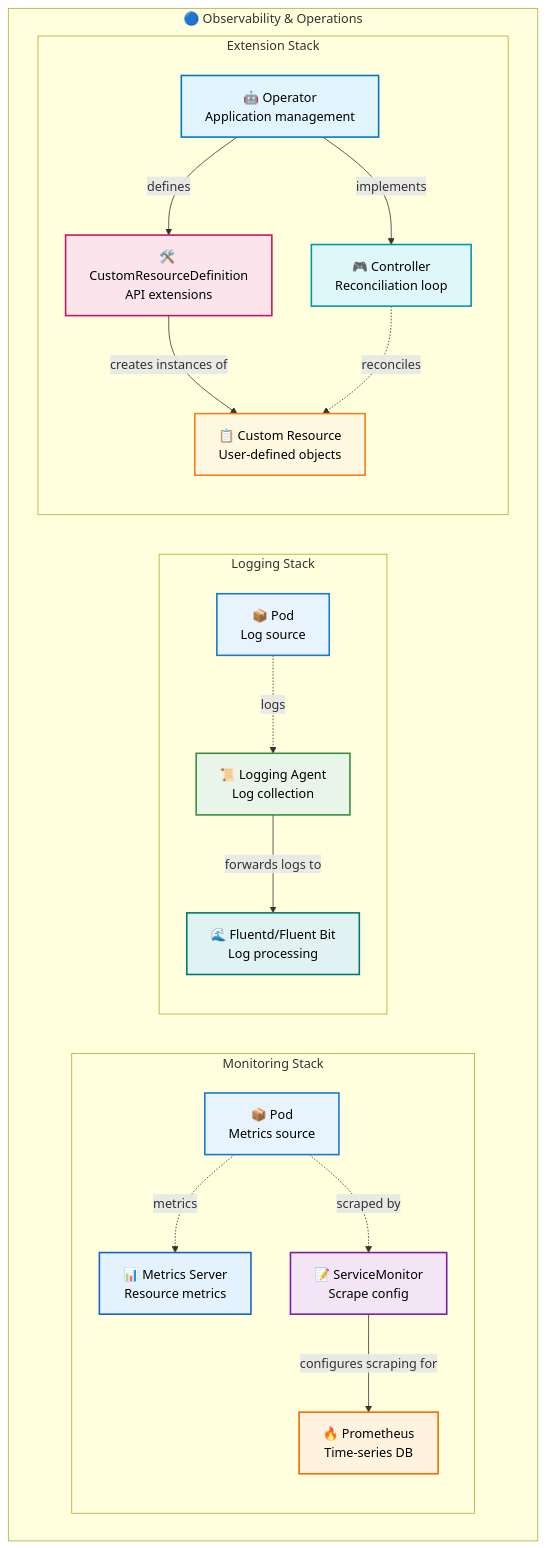
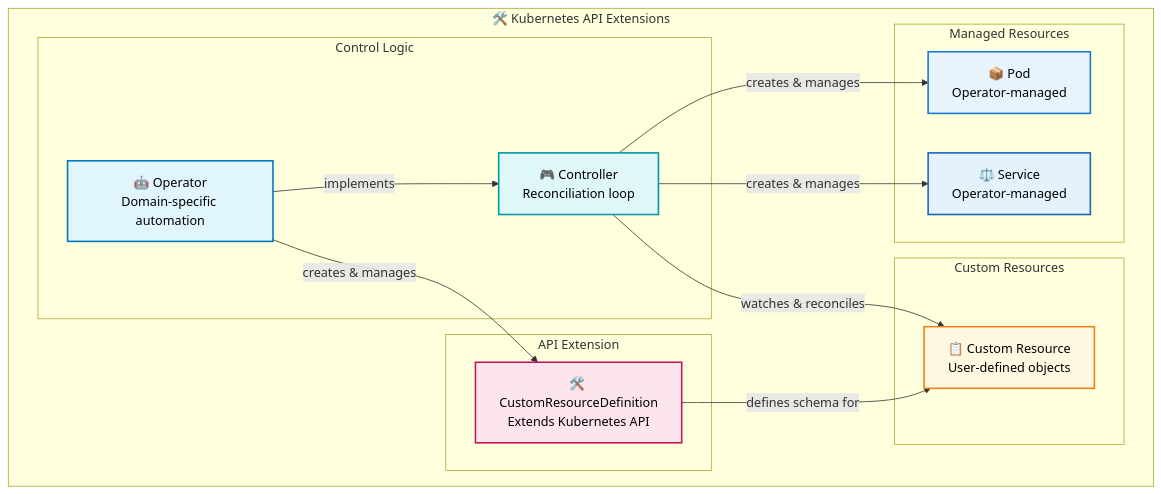
Before and after one commit to razkevich/system_design_course: diagram 12 of 12 in 1.4_distributed_systems/kubernetes_resource_hierarchy_guide.md, drawn with Mermaid. The commit also changed other lines of this file, not shown here.

````diff
--- a/1.4_distributed_systems/kubernetes_resource_hierarchy_guide.md
+++ b/1.4_distributed_systems/kubernetes_resource_hierarchy_guide.md
@@ -401,50 +469,37 @@
 ```mermaid
 flowchart TD
-    subgraph "🔵 Observability & Operations"
+    subgraph "🛠️ Kubernetes API Extensions"
         
-        MonitoredPod["📦 Pod<br/>Metrics source"]
-        LogPod["📦 Pod<br/>Log source"]
-        
-        subgraph "Monitoring Stack"
-            MetricsServer["📊 Metrics Server<br/>Resource metrics"]
-            ServiceMonitor["📝 ServiceMonitor<br/>Scrape config"]
-            Prometheus["🔥 Prometheus<br/>Time-series DB"]
-            
-            MonitoredPod -.->|"metrics"| MetricsServer
-            MonitoredPod -.->|"scraped by"| ServiceMonitor
-            ServiceMonitor -->|"configures scraping for"| Prometheus
+        subgraph "API Extension"
+            CRD["🛠️ CustomResourceDefinition<br/>Extends Kubernetes API"]
         end
         
-        subgraph "Logging Stack"
-            LoggingAgent["📜 Logging Agent<br/>Log collection"]
-            Fluentd["🌊 Fluentd/Fluent Bit<br/>Log processing"]
-            
-            LogPod -.->|"logs"| LoggingAgent
-            LoggingAgent -->|"forwards logs to"| Fluentd
+        subgraph "Custom Resources"
+            CustomResource["📋 Custom Resource<br/>User-defined objects"]
         end
         
-        subgraph "Extension Stack"
-            CRD["🛠️ CustomResourceDefinition<br/>API extensions"]
-            CustomResource["📋 Custom Resource<br/>User-defined objects"]
+        subgraph "Control Logic"
             Controller["🎮 Controller<br/>Reconciliation loop"]
-            Operator["🤖 Operator<br/>Application management"]
-            
-            CRD -->|"creates instances of"| CustomResource
-            Controller -.->|"reconciles"| CustomResource
-            Operator -->|"implements"| Controller
-            Operator -->|"defines"| CRD
+            Operator["🤖 Operator<br/>Domain-specific automation"]
         end
+        
+        subgraph "Managed Resources"
+            ManagedPod["📦 Pod<br/>Operator-managed"]
+            ManagedService["⚖️ Service<br/>Operator-managed"]
+        end
+        
+        CRD -->|"defines schema for"| CustomResource
+        Operator -->|"implements"| Controller
+        Operator -->|"creates & manages"| CRD
+        Controller -->|"watches & reconciles"| CustomResource
+        Controller -->|"creates & manages"| ManagedPod
+        Controller -->|"creates & manages"| ManagedService
     end
     
-    style MonitoredPod fill:#e8f4fd,stroke:#1976d2,stroke-width:2px,color:#000
-    style LogPod fill:#e8f4fd,stroke:#1976d2,stroke-width:2px,color:#000
-    style MetricsServer fill:#e3f2fd,stroke:#1565c0,stroke-width:2px,color:#000
-    style Prometheus fill:#fff3e0,stroke:#ef6c00,stroke-width:2px,color:#000
-    style ServiceMonitor fill:#f3e5f5,stroke:#7b1fa2,stroke-width:2px,color:#000
-    style LoggingAgent fill:#e8f5e8,stroke:#388e3c,stroke-width:2px,color:#000
-    style Fluentd fill:#e0f2f1,stroke:#00796b,stroke-width:2px,color:#000
+    style CustomResource fill:#fff8e1,stroke:#f57f17,stroke-width:2px,color:#000
+    style CRD fill:#fce4ec,stroke:#c2185b,stroke-width:2px,color:#000
+    style Controller fill:#e0f7fa,stroke:#0097a7,stroke-width:2px,color:#000
     style Operator fill:#e1f5fe,stroke:#0277bd,stroke-width:2px,color:#000
-    style Controller fill:#e0f7fa,stroke:#0097a7,stroke-width:2px,color:#000
-    style CRD fill:#fce4ec,stroke:#c2185b,stroke-width:2px,color:#000
-    style CustomResource fill:#fff8e1,stroke:#f57f17,stroke-width:2px,color:#000
+    style ManagedPod fill:#e8f4fd,stroke:#1976d2,stroke-width:2px,color:#000
+    style ManagedService fill:#e3f2fd,stroke:#1565c0,stroke-width:2px,color:#000
 ```
````
